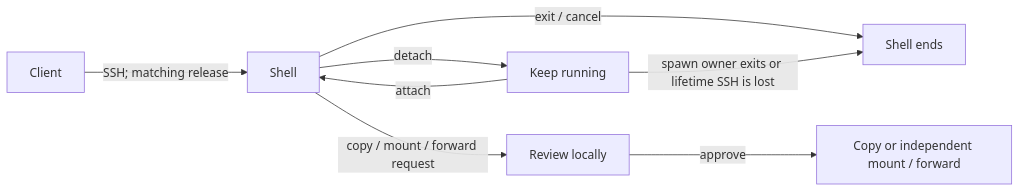
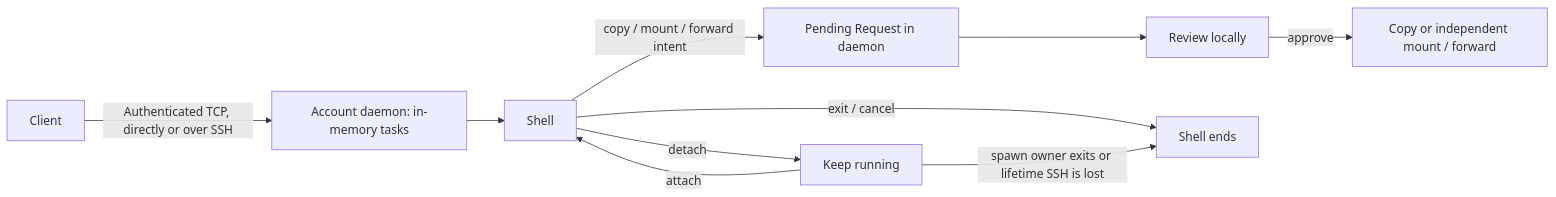
Before and after one commit to jay-waves/sshore: the diagram in README.md, drawn with Mermaid. The commit also changed other lines of this file and 4 other files, not shown here.

````diff
--- a/README.md
+++ b/README.md
@@ -73,10 +75,12 @@
 ```mermaid
 flowchart LR
-    client["Client"] -->|"SSH; matching release"| shell["Shell"]
+    client["Client"] -->|"Authenticated TCP, directly or over SSH"| daemon["Account daemon: in-memory tasks"]
+    daemon --> shell["Shell"]
     shell -->|"detach"| background["Keep running"]
     background -->|"attach"| shell
-    shell -->|"copy / mount / forward request"| review["Review locally"]
+    shell -->|"copy / mount / forward intent"| request["Pending Request in daemon"]
+    request --> review["Review locally"]
     review -->|"approve"| operation["Copy or independent mount / forward"]
     shell -->|"exit / cancel"| ended["Shell ends"]
     background -->|"spawn owner exits or lifetime SSH is lost"| ended
 ```
````
